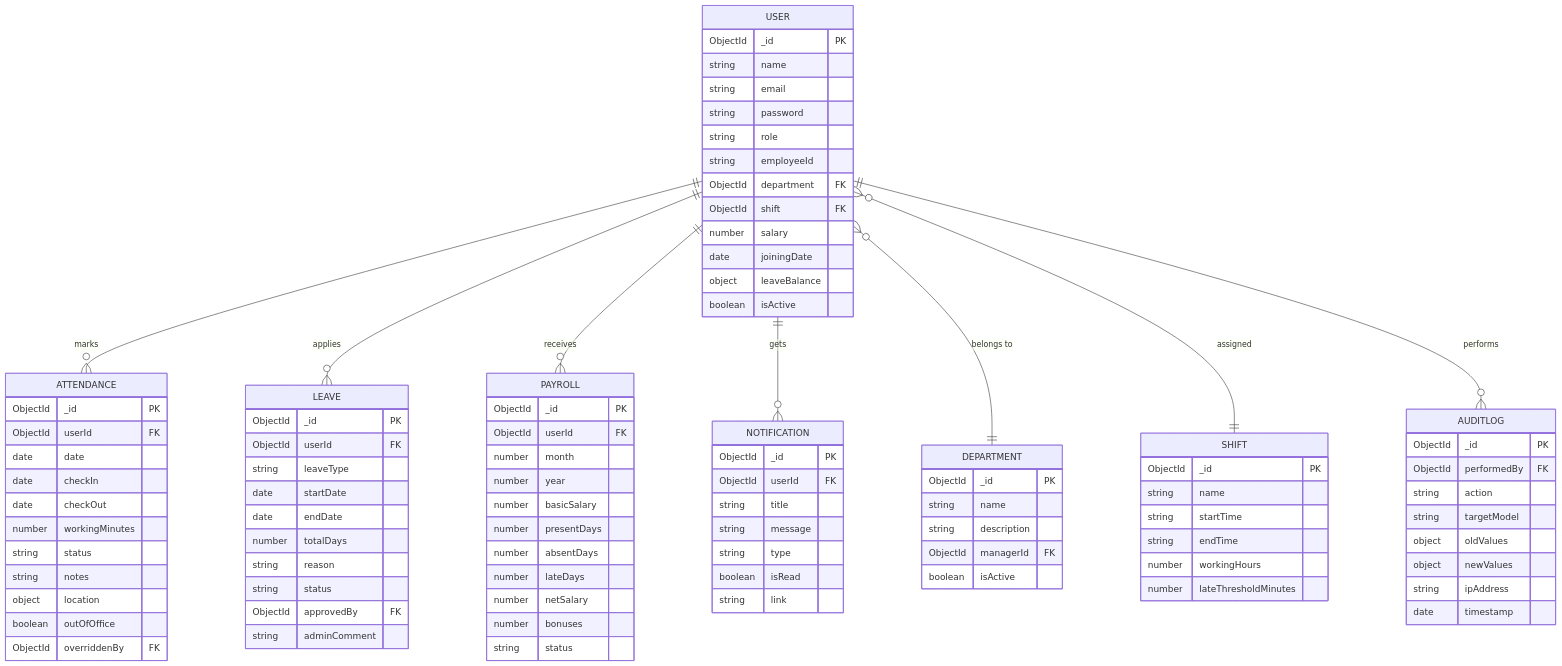
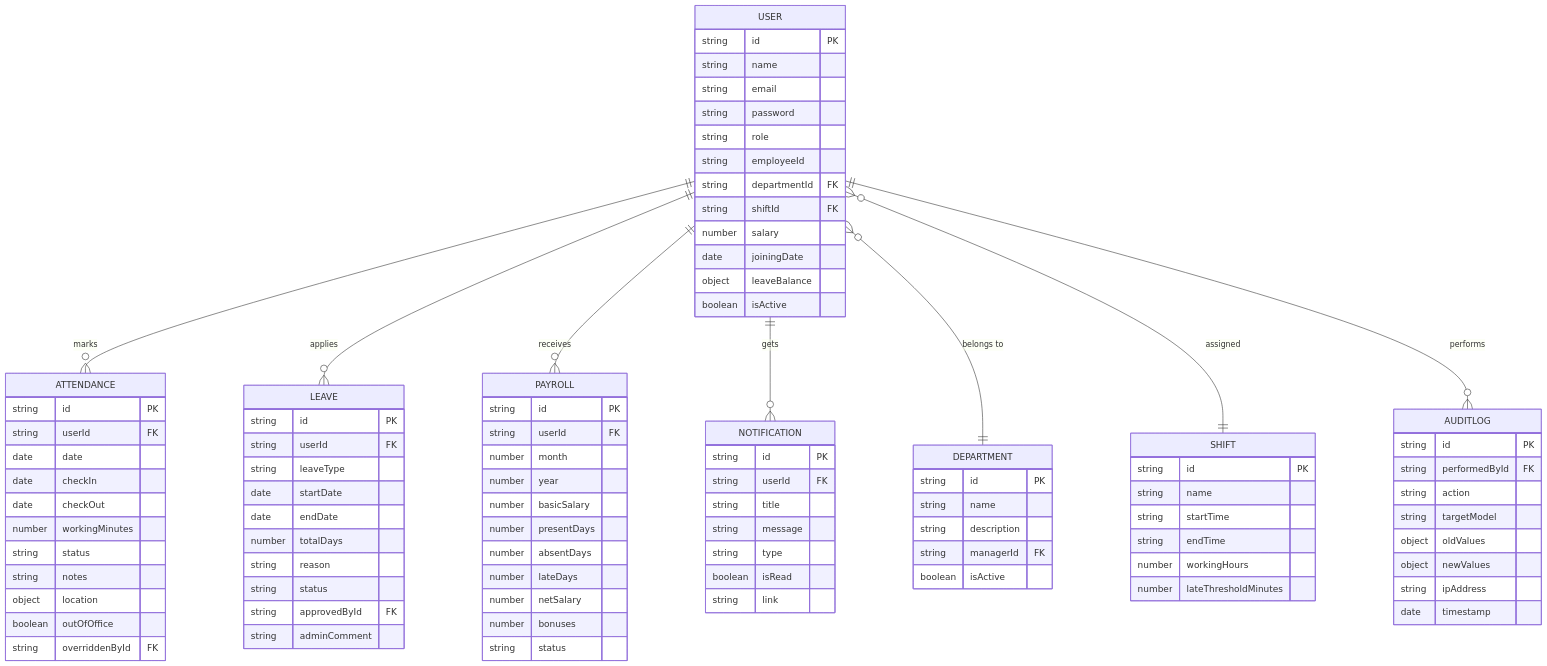
The second of 2 diagrams in README.md (Kabre57/progitpaie), drawn with Mermaid before and after one commit. The commit also changed other lines of this file and 30 other files, not shown here.

````diff
--- a/README.md
+++ b/README.md
@@ -150,14 +144,14 @@
 ```mermaid
 erDiagram
     USER {
-        ObjectId _id PK
+        string id PK
         string name
         string email
         string password
         string role
         string employeeId
-        ObjectId department FK
-        ObjectId shift FK
+        string departmentId FK
+        string shiftId FK
         number salary
         date joiningDate
         object leaveBalance
@@ -165,15 +159,15 @@
     }
 
     DEPARTMENT {
-        ObjectId _id PK
+        string id PK
         string name
         string description
-        ObjectId managerId FK
+        string managerId FK
         boolean isActive
     }
 
     SHIFT {
-        ObjectId _id PK
+        string id PK
         string name
         string startTime
         string endTime
@@ -182,8 +176,8 @@
     }
 
     ATTENDANCE {
-        ObjectId _id PK
-        ObjectId userId FK
+        string id PK
+        string userId FK
         date date
         date checkIn
         date checkOut
@@ -192,25 +186,25 @@
         string notes
         object location
         boolean outOfOffice
-        ObjectId overriddenBy FK
+        string overriddenById FK
     }
 
     LEAVE {
-        ObjectId _id PK
-        ObjectId userId FK
+        string id PK
+        string userId FK
         string leaveType
         date startDate
         date endDate
         number totalDays
         string reason
         string status
-        ObjectId approvedBy FK
+        string approvedById FK
         string adminComment
     }
 
     PAYROLL {
-        ObjectId _id PK
-        ObjectId userId FK
+        string id PK
+        string userId FK
         number month
         number year
         number basicSalary
@@ -223,8 +217,8 @@
     }
 
     NOTIFICATION {
-        ObjectId _id PK
-        ObjectId userId FK
+        string id PK
+        string userId FK
         string title
         string message
         string type
@@ -233,8 +227,8 @@
     }
 
     AUDITLOG {
-        ObjectId _id PK
-        ObjectId performedBy FK
+        string id PK
+        string performedById FK
         string action
         string targetModel
         object oldValues
````
